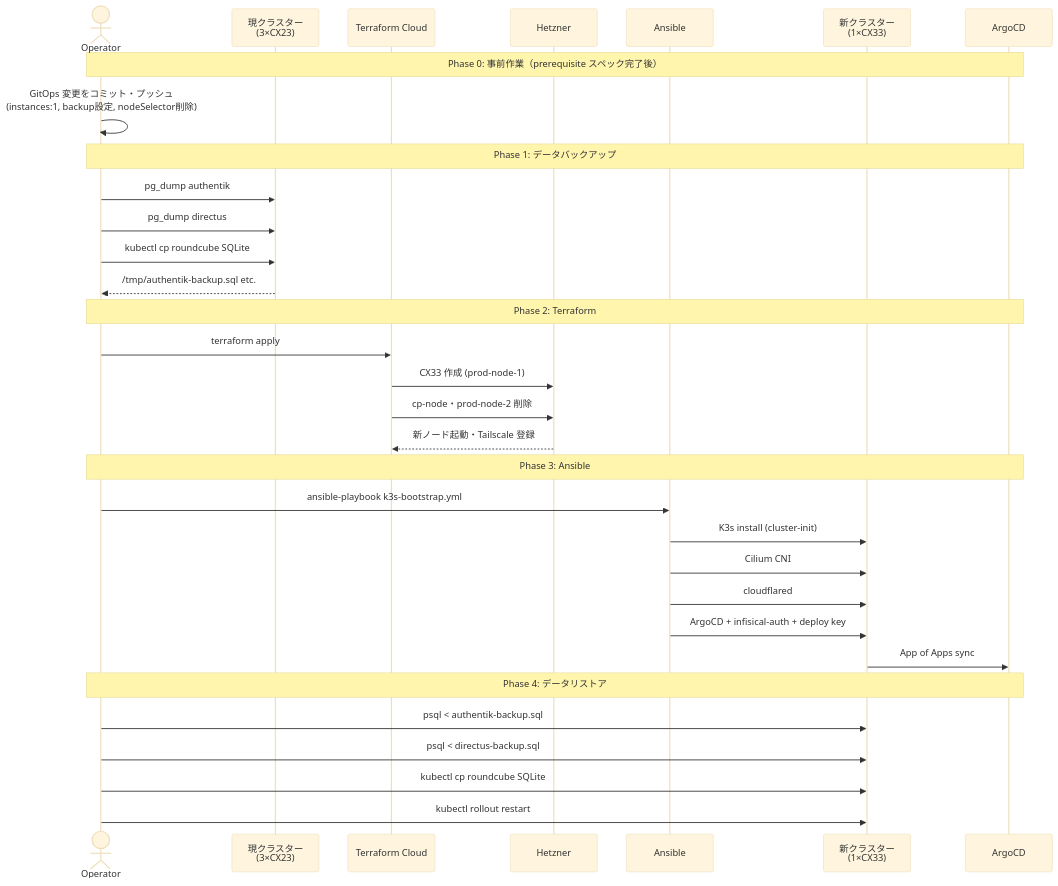
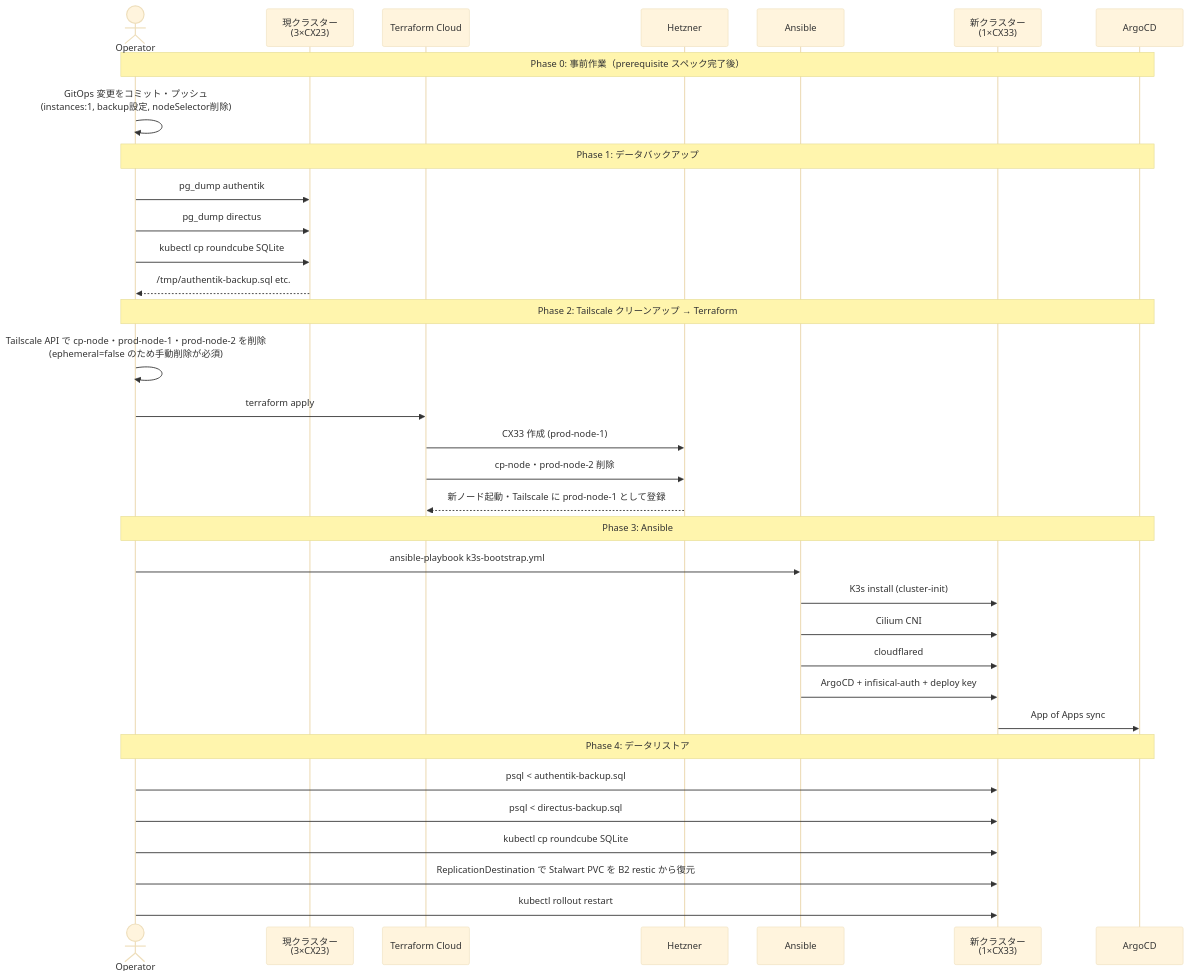
One commit to aramakisai/aramakisai-infra changed the second of 4 diagrams in .kiro/specs/single-node-migration/design.md. Above: the diagram before and after it, drawn with Mermaid (base theme). The commit also changed other lines of this file and 2 other files, not shown here.

````diff
--- a/.kiro/specs/single-node-migration/design.md
+++ b/.kiro/specs/single-node-migration/design.md
@@ -173,39 +179,41 @@
 ```mermaid
 sequenceDiagram
     actor Operator
     participant Current as 現クラスター<br/>(3×CX23)
     participant TF as Terraform Cloud
     participant Hetzner
     participant Ansible
     participant New as 新クラスター<br/>(1×CX33)
     participant ArgoCD
 
     Note over Operator,ArgoCD: Phase 0: 事前作業（prerequisite スペック完了後）
     Operator->>Operator: GitOps 変更をコミット・プッシュ<br/>(instances:1, backup設定, nodeSelector削除)
 
     Note over Operator,ArgoCD: Phase 1: データバックアップ
     Operator->>Current: pg_dump authentik
     Operator->>Current: pg_dump directus
     Operator->>Current: kubectl cp roundcube SQLite
     Current-->>Operator: /tmp/authentik-backup.sql etc.
 
-    Note over Operator,ArgoCD: Phase 2: Terraform
+    Note over Operator,ArgoCD: Phase 2: Tailscale クリーンアップ → Terraform
+    Operator->>Operator: Tailscale API で cp-node・prod-node-1・prod-node-2 を削除<br/>(ephemeral=false のため手動削除が必須)
     Operator->>TF: terraform apply
     TF->>Hetzner: CX33 作成 (prod-node-1)
     TF->>Hetzner: cp-node・prod-node-2 削除
-    Hetzner-->>TF: 新ノード起動・Tailscale 登録
+    Hetzner-->>TF: 新ノード起動・Tailscale に prod-node-1 として登録
 
     Note over Operator,ArgoCD: Phase 3: Ansible
     Operator->>Ansible: ansible-playbook k3s-bootstrap.yml
     Ansible->>New: K3s install (cluster-init)
     Ansible->>New: Cilium CNI
     Ansible->>New: cloudflared
     Ansible->>New: ArgoCD + infisical-auth + deploy key
     New->>ArgoCD: App of Apps sync
 
     Note over Operator,ArgoCD: Phase 4: データリストア
     Operator->>New: psql < authentik-backup.sql
     Operator->>New: psql < directus-backup.sql
     Operator->>New: kubectl cp roundcube SQLite
+    Operator->>New: ReplicationDestination で Stalwart PVC を B2 restic から復元
     Operator->>New: kubectl rollout restart
 ```
````
